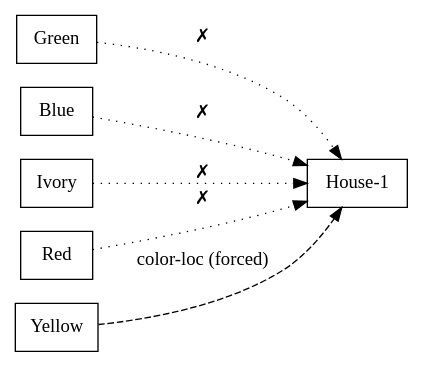
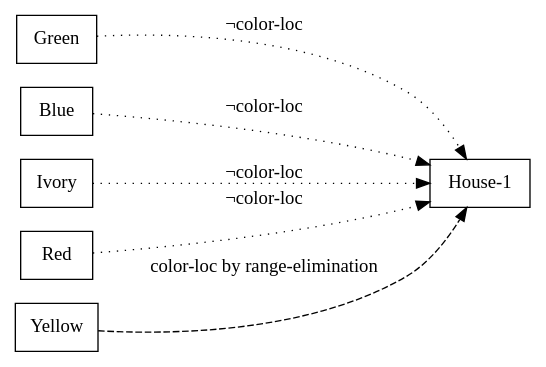
Before and after one commit to agutikov/ein: the second of 6 diagrams in docs/ein/user/02-guide/03-rule-families.md, drawn with Graphviz. The commit also changed other lines of this file and 8 other files, not shown here.

````diff
--- a/docs/ein/user/02-guide/03-rule-families.md
+++ b/docs/ein/user/02-guide/03-rule-families.md
@@ -67,9 +76,9 @@
 ```dot
 digraph { rankdir=LR; node [shape=box];
-  Green  -> "House-1" [label="✗", style=dotted];
-  Blue   -> "House-1" [label="✗", style=dotted];
-  Ivory  -> "House-1" [label="✗", style=dotted];
-  Red    -> "House-1" [label="✗", style=dotted];
-  Yellow -> "House-1" [label="color-loc (forced)", style=dashed];
+  Green  -> "House-1" [label="¬color-loc", style=dotted];
+  Blue   -> "House-1" [label="¬color-loc", style=dotted];
+  Ivory  -> "House-1" [label="¬color-loc", style=dotted];
+  Red    -> "House-1" [label="¬color-loc", style=dotted];
+  Yellow -> "House-1" [label="color-loc by range-elimination", style=dashed];
 }
 ```
````
